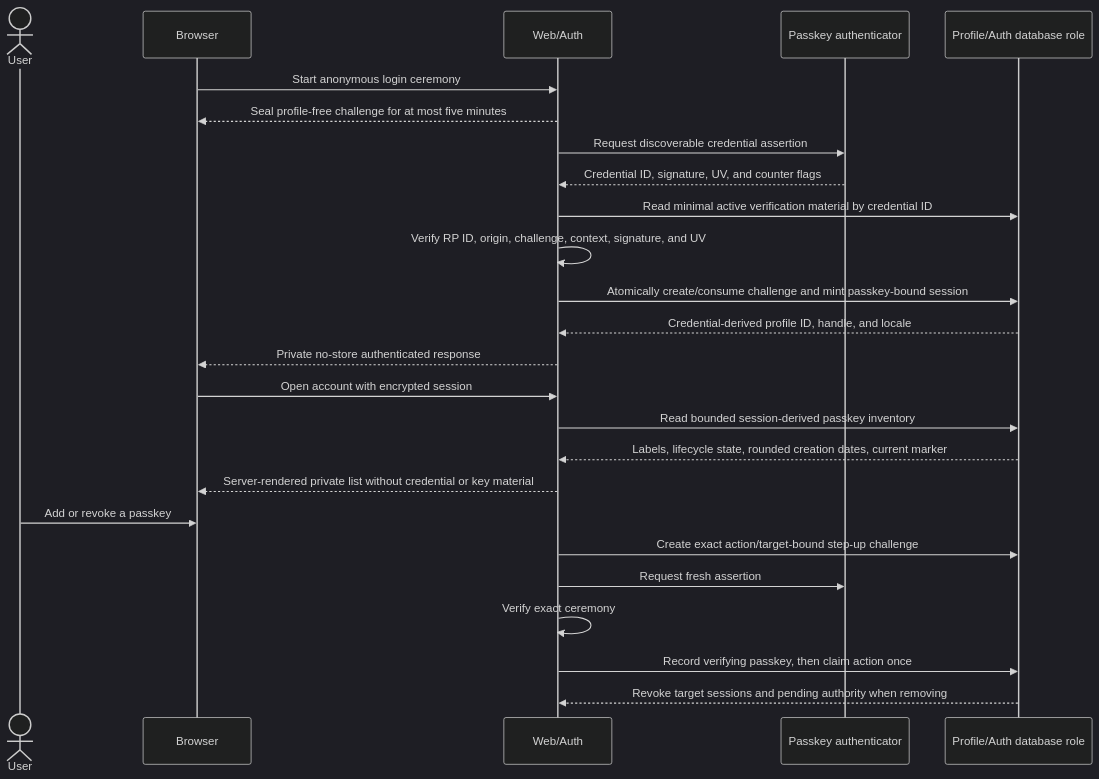
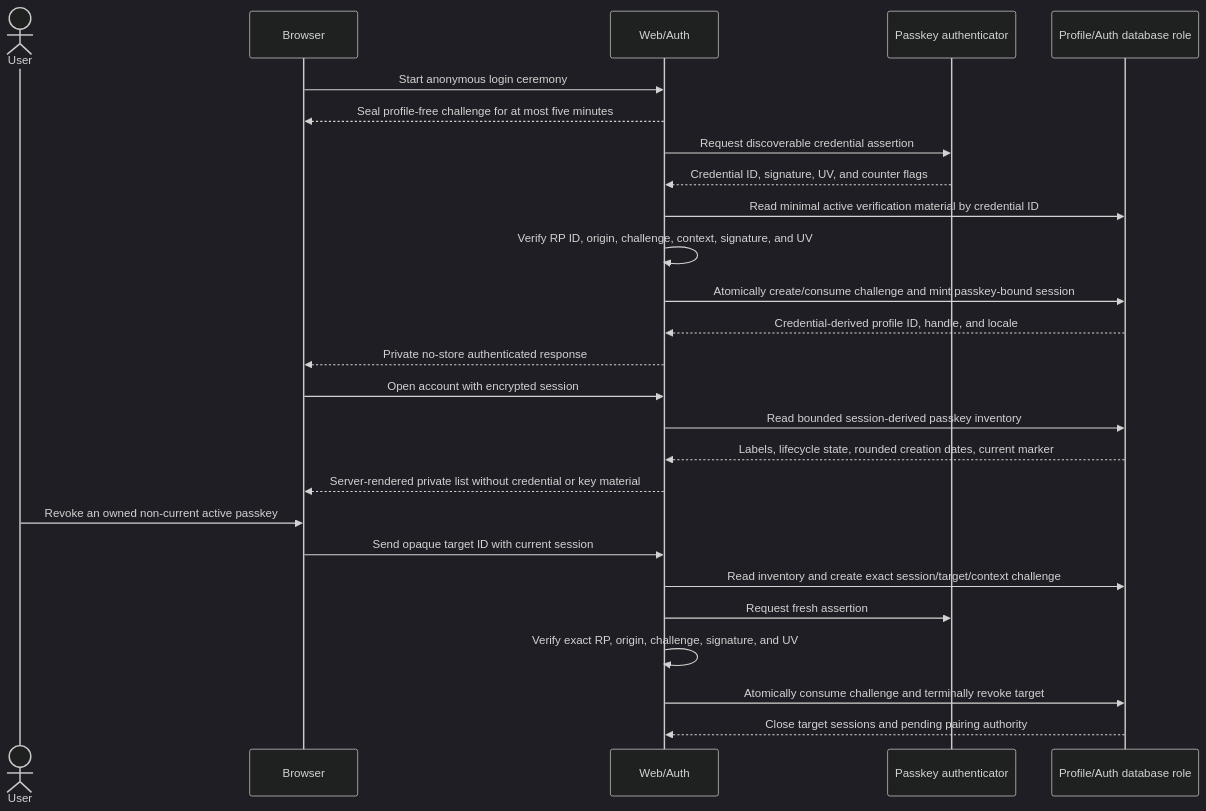
One commit to Tah10n/viberacing changed the second of 9 diagrams in docs/architecture/DATA_FLOW.md. Above: the diagram before and after it, drawn with Mermaid (dark theme). The commit also changed other lines of this file and 34 other files, not shown here.

````diff
--- a/docs/architecture/DATA_FLOW.md
+++ b/docs/architecture/DATA_FLOW.md
@@ -93,30 +93,31 @@
 ```mermaid
 sequenceDiagram
   actor User
   participant Browser
   participant Web as Web/Auth
   participant Authenticator as Passkey authenticator
   participant DB as Profile/Auth database role
 
   Browser->>Web: Start anonymous login ceremony
   Web-->>Browser: Seal profile-free challenge for at most five minutes
   Web->>Authenticator: Request discoverable credential assertion
   Authenticator-->>Web: Credential ID, signature, UV, and counter flags
   Web->>DB: Read minimal active verification material by credential ID
   Web->>Web: Verify RP ID, origin, challenge, context, signature, and UV
   Web->>DB: Atomically create/consume challenge and mint passkey-bound session
   DB-->>Web: Credential-derived profile ID, handle, and locale
   Web-->>Browser: Private no-store authenticated response
 
   Browser->>Web: Open account with encrypted session
   Web->>DB: Read bounded session-derived passkey inventory
   DB-->>Web: Labels, lifecycle state, rounded creation dates, current marker
   Web-->>Browser: Server-rendered private list without credential or key material
 
-  User->>Browser: Add or revoke a passkey
-  Web->>DB: Create exact action/target-bound step-up challenge
+  User->>Browser: Revoke an owned non-current active passkey
+  Browser->>Web: Send opaque target ID with current session
+  Web->>DB: Read inventory and create exact session/target/context challenge
   Web->>Authenticator: Request fresh assertion
-  Web->>Web: Verify exact ceremony
-  Web->>DB: Record verifying passkey, then claim action once
-  DB-->>Web: Revoke target sessions and pending authority when removing
+  Web->>Web: Verify exact RP, origin, challenge, signature, and UV
+  Web->>DB: Atomically consume challenge and terminally revoke target
+  DB-->>Web: Close target sessions and pending pairing authority
 ```
````
